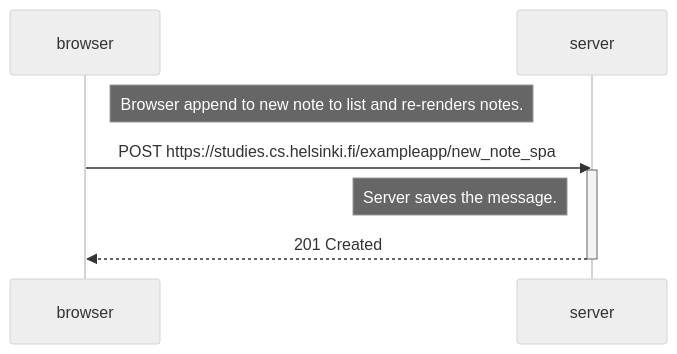
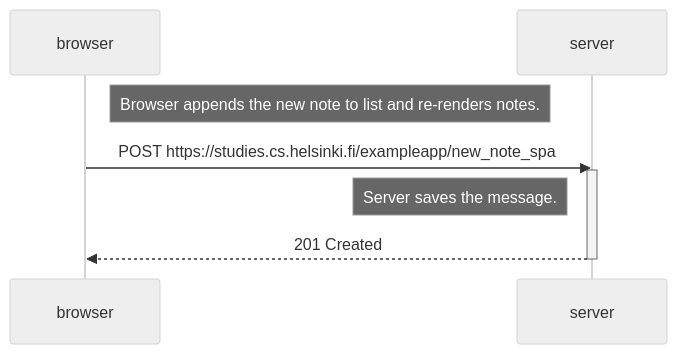
The diagram in part0/0_6_NewNoteInSinglePageAppDiagram.md (JorgSierra/FullStackOpen), drawn with Mermaid (neutral theme) before and after one commit.

Commit message:
Grammar update

````diff
--- a/part0/0_6_NewNoteInSinglePageAppDiagram.md
+++ b/part0/0_6_NewNoteInSinglePageAppDiagram.md
@@ -1,13 +1,13 @@
 ```mermaid
 sequenceDiagram
     participant browser
     participant server
 	
-	Note right of browser: Browser append to new note to list and re-renders notes.
+	Note right of browser: Browser appends the new note to list and re-renders notes.
 	browser->>server: POST https://studies.cs.helsinki.fi/exampleapp/new_note_spa
     activate server
 	Note left of server: Server saves the message.
     server-->>browser: 201 Created
     deactivate server
 	
 ```
````
